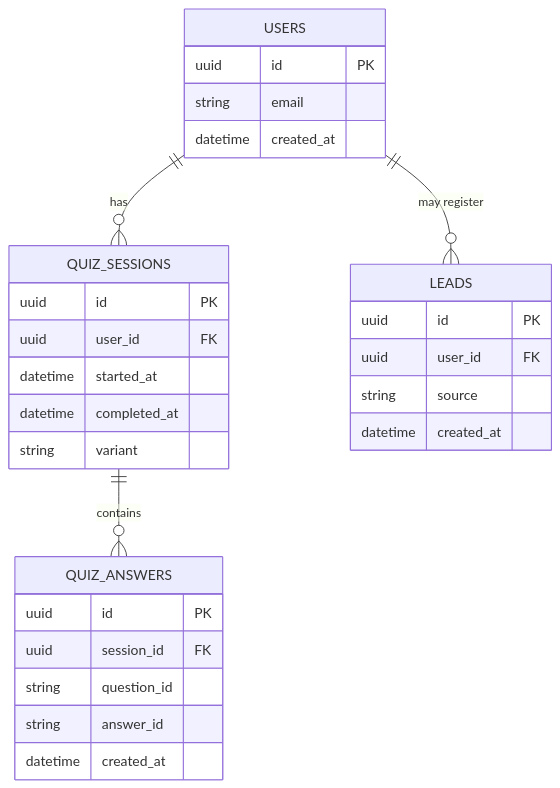
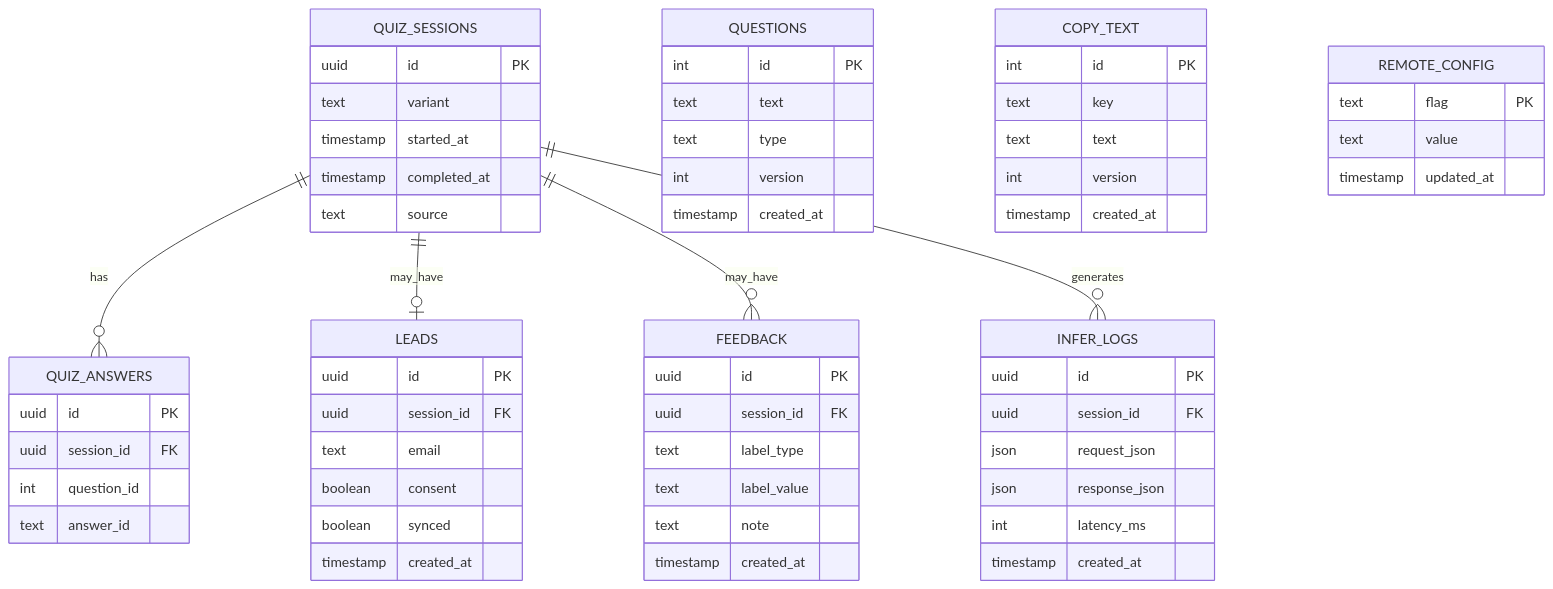
The diagram in content/app-web/architecture/pre-mvp/ERD.mmd (alexandrafofel/brightfutureahead), drawn with Mermaid before and after one commit.

```diff
--- a/content/app-web/architecture/pre-mvp/ERD.mmd
+++ b/content/app-web/architecture/pre-mvp/ERD.mmd
@@ -1,33 +1,70 @@
 erDiagram
-  USERS {
-    uuid id PK
-    string email
-    datetime created_at
-  }
-
   QUIZ_SESSIONS {
     uuid id PK
-    uuid user_id FK
-    datetime started_at
-    datetime completed_at
-    string variant
+    text variant
+    timestamp started_at
+    timestamp completed_at
+    text source
   }
 
   QUIZ_ANSWERS {
     uuid id PK
     uuid session_id FK
-    string question_id
-    string answer_id
-    datetime created_at
+    int question_id
+    text answer_id
   }
 
   LEADS {
     uuid id PK
-    uuid user_id FK
-    string source
-    datetime created_at
+    uuid session_id FK
+    text email
+    boolean consent
+    boolean synced
+    timestamp created_at
   }
 
-  USERS ||--o{ QUIZ_SESSIONS : "has"
-  QUIZ_SESSIONS ||--o{ QUIZ_ANSWERS : "contains"
-  USERS ||--o{ LEADS : "may register"
+  QUESTIONS {
+    int id PK
+    text text
+    text type
+    int version
+    timestamp created_at
+  }
+
+  COPY_TEXT {
+    int id PK
+    text key
+    text text
+    int version
+    timestamp created_at
+  }
+
+  REMOTE_CONFIG {
+    text flag PK
+    text value
+    timestamp updated_at
+  }
+
+  FEEDBACK {
+    uuid id PK
+    uuid session_id FK
+    text label_type
+    text label_value
+    text note
+    timestamp created_at
+  }
+
+  INFER_LOGS {
+    uuid id PK
+    uuid session_id FK
+    json request_json
+    json response_json
+    int latency_ms
+    timestamp created_at
+  }
+
+  %% Relationships
+  QUIZ_SESSIONS ||--o{ QUIZ_ANSWERS : has
+  QUIZ_SESSIONS ||--o| LEADS : may_have
+  QUIZ_SESSIONS ||--o{ FEEDBACK : may_have
+  QUIZ_SESSIONS ||--o{ INFER_LOGS : generates
```
